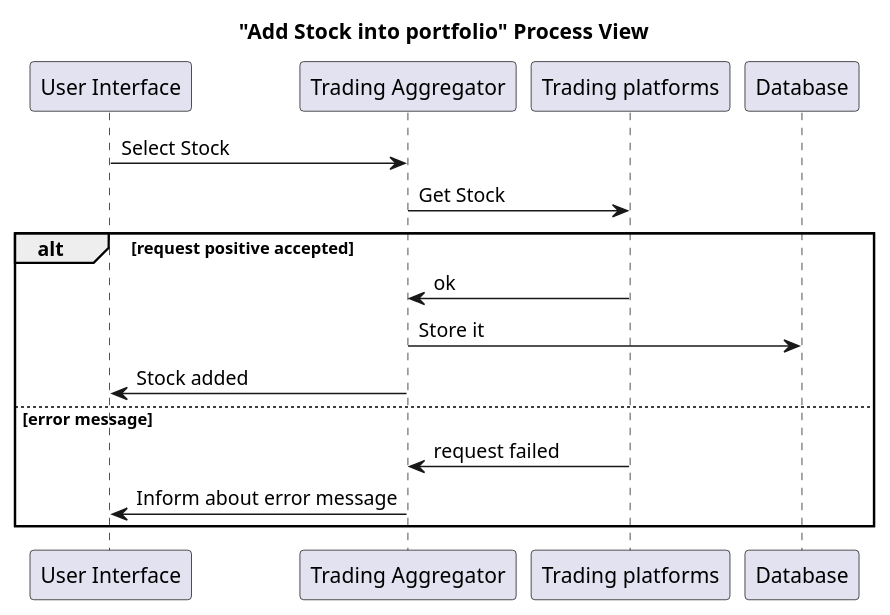
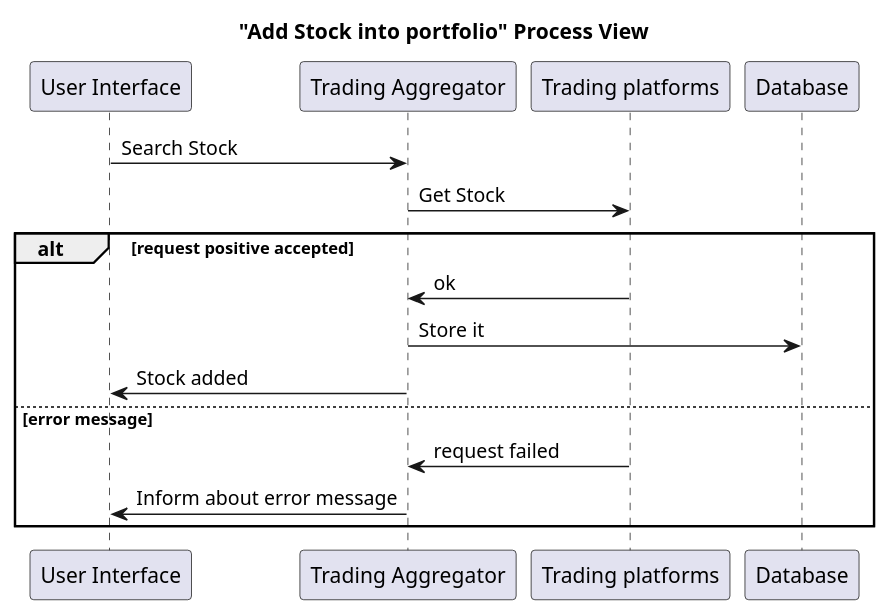
One commit to USI-MSDE-SA-2022/software-architecture-model-tmshts changed diagram 15 of 18 in src/sa/model/index.md. Above: the diagram before and after it, drawn with PlantUML. The commit also changed other lines of this file, not shown here.

````diff
--- a/src/sa/model/index.md
+++ b/src/sa/model/index.md
@@ -733,25 +745,25 @@
 ```puml
 @startuml
 title "Add Stock into portfolio" Process View
 
 participant "User Interface" as UI
 participant "Trading Aggregator" as TA
 participant "Trading platforms" as TP
 participant "Database" as DB
 
-UI -> TA: Select Stock
+UI -> TA: Search Stock
 TA -> TP: Get Stock
 
 alt request positive accepted
 TP -> TA: ok
 TA -> DB: Store it
 TA -> UI: Stock added
 
 else error message
 TP -> TA: request failed
 TA -> UI: Inform about error message
 
 end
 
 @enduml
 ```
````
